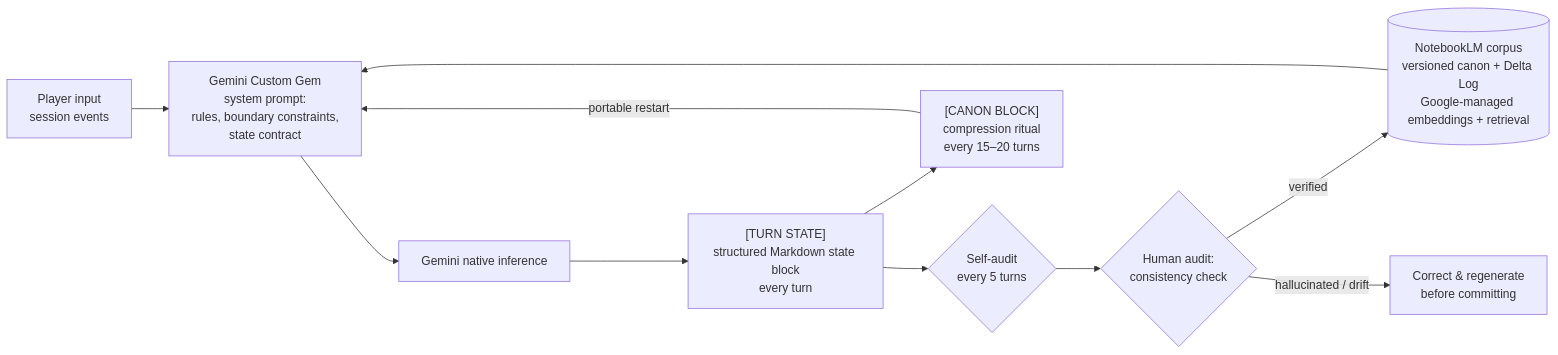
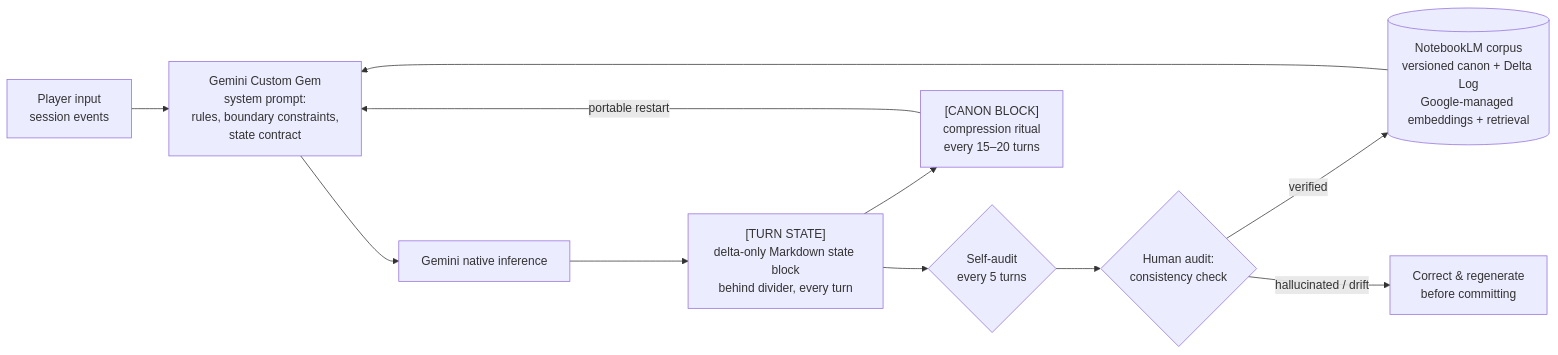
One commit to flamingblackman/llm-state-tracking-lab changed the diagram in README.md. Above: the diagram before and after it, drawn with Mermaid. The commit also changed other lines of this file and 2 other files, not shown here.

Commit message:
Oct 2026: delta-only state blocks, cite-don't-restate, session hygiene

````diff
--- a/README.md
+++ b/README.md
@@ -17,13 +17,13 @@
 ```mermaid
 flowchart LR
     A[Player input<br/>session events] --> B[Gemini Custom Gem<br/>system prompt:<br/>rules, boundary constraints,<br/>state contract]
     D[(NotebookLM corpus<br/>versioned canon + Delta Log<br/>Google-managed embeddings + retrieval)] --> B
     B --> C[Gemini native inference]
-    C --> E["[TURN STATE]"<br/>structured Markdown state block<br/>every turn]
+    C --> E["[TURN STATE]"<br/>delta-only Markdown state block<br/>behind divider, every turn]
     E --> F{Self-audit<br/>every 5 turns}
     F --> G{Human audit:<br/>consistency check}
     G -->|verified| D
     G -->|hallucinated / drift| H[Correct & regenerate<br/>before committing]
     E --> I["[CANON BLOCK]"<br/>compression ritual<br/>every 15–20 turns]
     I -->|portable restart| B
 ```
````
